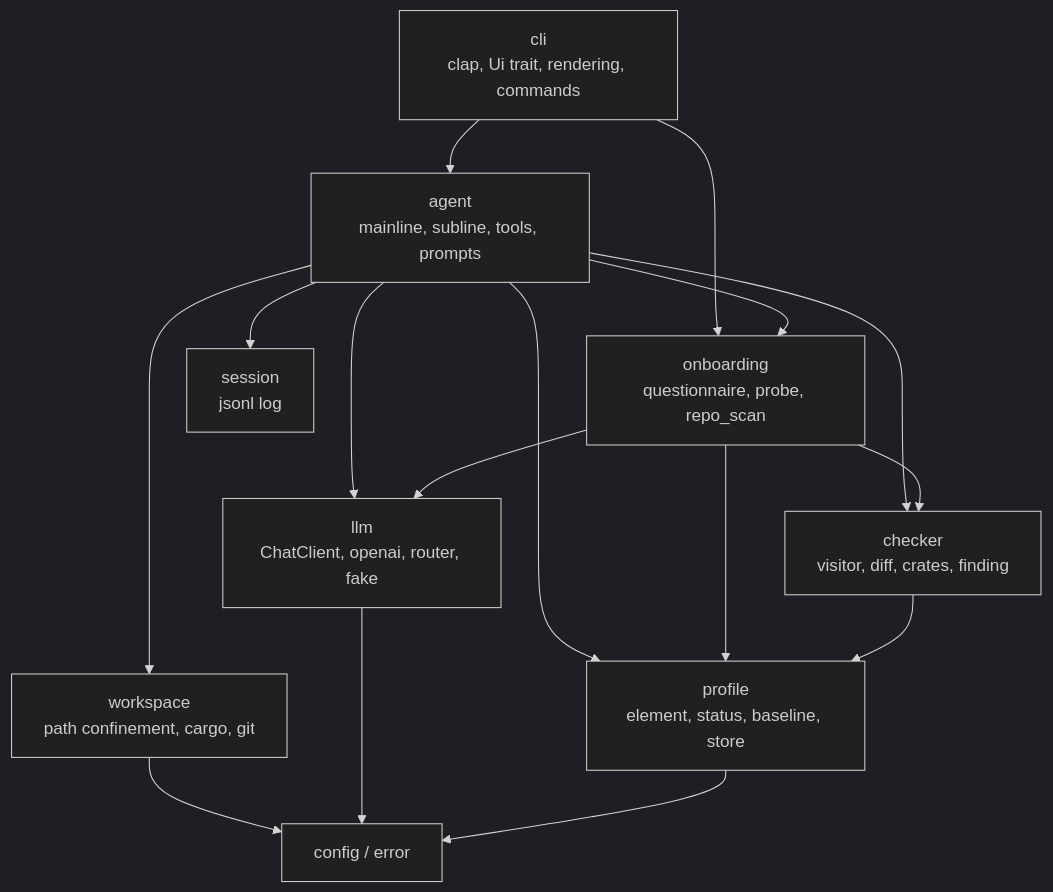
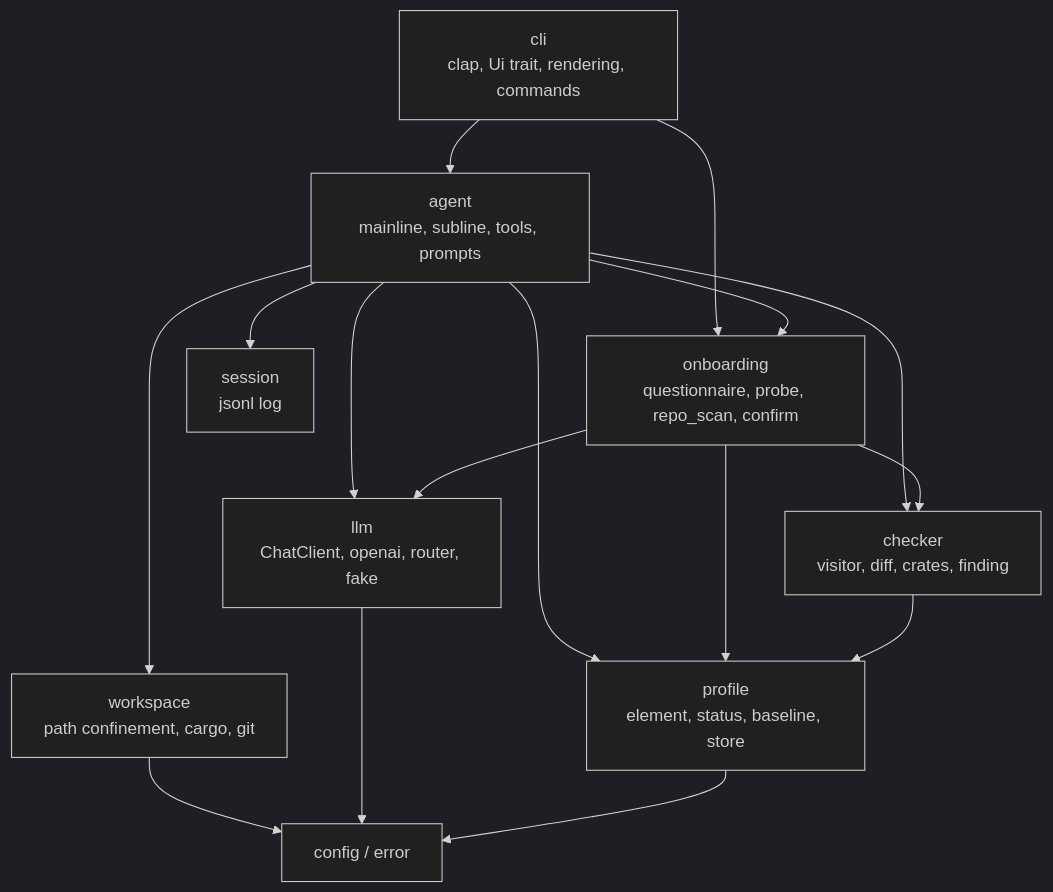
The seventh of 9 diagrams in PRD.md (sumiredc/molt), drawn with Mermaid (dark theme) before and after one commit. The commit also changed 9 other files, not shown here.

````diff
--- a/PRD.md
+++ b/PRD.md
@@ -309,18 +309,18 @@
 ```mermaid
 flowchart TB
   cli["cli<br/>clap, Ui trait, rendering, commands"] --> agent["agent<br/>mainline, subline, tools, prompts"]
-  cli --> onboarding["onboarding<br/>questionnaire, probe, repo_scan"]
+  cli --> onboarding["onboarding<br/>questionnaire, probe, repo_scan, confirm"]
   agent --> workspace["workspace<br/>path confinement, cargo, git"]
   agent --> checker["checker<br/>visitor, diff, crates, finding"]
   agent --> llm["llm<br/>ChatClient, openai, router, fake"]
   agent --> profile["profile<br/>element, status, baseline, store"]
   agent --> session["session<br/>jsonl log"]
   agent --> onboarding
   onboarding --> checker
   onboarding --> llm
   onboarding --> profile
   checker --> profile
   workspace --> config["config / error"]
   llm --> config
   profile --> config
 ```
````
